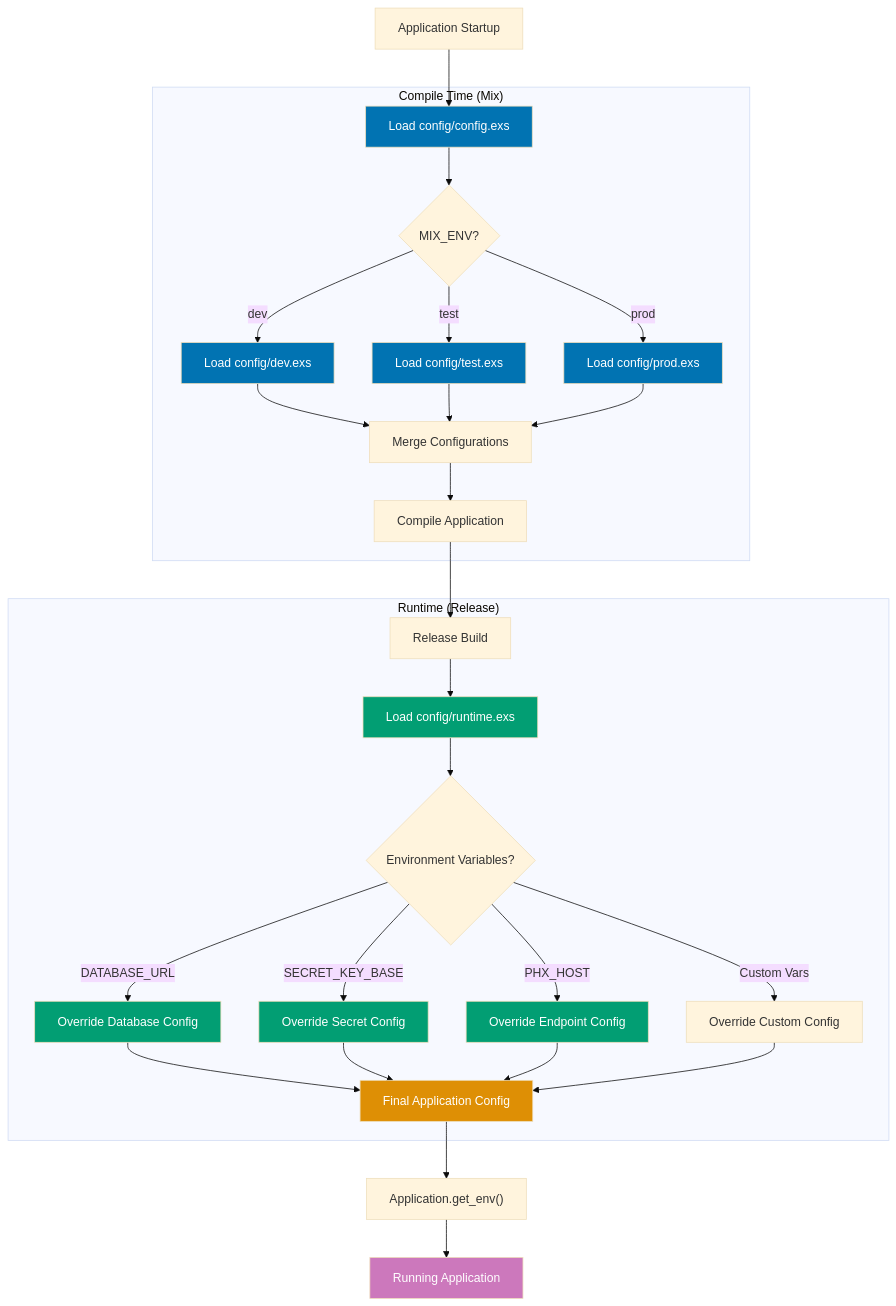
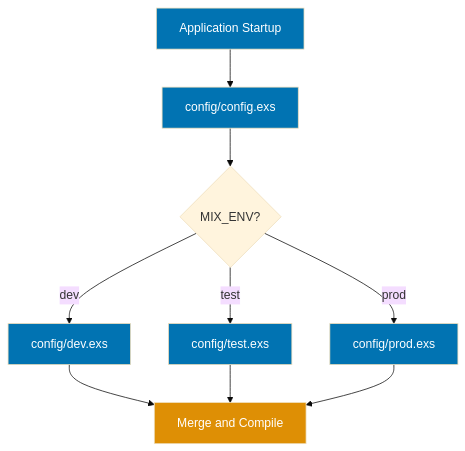
One commit to wahidyankf/ose-primer changed the first of 2 diagrams in docs/explanation/software-engineering/platform-web/tools/elixir-phoenix/configuration.md. Above: the diagram before and after it, drawn with Mermaid (base theme). The commit also changed other lines of this file and 9 other files, not shown here.

Commit message:
fix(docs): fix mermaid violations in elixir-phoenix/ docs (batch 5/10)

````diff
--- a/docs/explanation/software-engineering/platform-web/tools/elixir-phoenix/configuration.md
+++ b/docs/explanation/software-engineering/platform-web/tools/elixir-phoenix/configuration.md
@@ -68,67 +68,21 @@
 ```mermaid
 %% Color Palette: Blue #0173B2, Orange #DE8F05, Teal #029E73, Purple #CC78BC
 %% All colors are color-blind friendly and meet WCAG AA contrast standards
 
 graph TD
-    A[Application Startup] --> B[Load config/config.exs]
+    A[Application Startup] --> B[config/config.exs]
     B --> C{MIX_ENV?}
-
-    C -->|dev| D[Load config/dev.exs]
-    C -->|test| E[Load config/test.exs]
-    C -->|prod| F[Load config/prod.exs]
-
-    D --> G[Merge Configurations]
+    C -->|dev| D[config/dev.exs]
+    C -->|test| E[config/test.exs]
+    C -->|prod| F[config/prod.exs]
+    D --> G[Merge and Compile]
     E --> G
     F --> G
 
-    G --> H[Compile Application]
-
-    H --> I[Release Build]
-    I --> J[Load config/runtime.exs]
-
-    J --> K{Environment Variables?}
-    K -->|DATABASE_URL| L[Override Database Config]
-    K -->|SECRET_KEY_BASE| M[Override Secret Config]
-    K -->|PHX_HOST| N[Override Endpoint Config]
-    K -->|Custom Vars| O[Override Custom Config]
-
-    L --> P[Final Application Config]
-    M --> P
-    N --> P
-    O --> P
-
-    P --> Q[Application.get_env#40;#41;]
-    Q --> R[Running Application]
-
-    subgraph "Compile Time #40;Mix#41;"
-        B
-        C
-        D
-        E
-        F
-        G
-        H
-    end
-
-    subgraph "Runtime #40;Release#41;"
-        I
-        J
-        K
-        L
-        M
-        N
-        O
-        P
-    end
-
+    style A fill:#0173B2,color:#fff
     style B fill:#0173B2,color:#fff
     style D fill:#0173B2,color:#fff
     style E fill:#0173B2,color:#fff
     style F fill:#0173B2,color:#fff
-    style J fill:#029E73,color:#fff
-    style L fill:#029E73,color:#fff
-    style M fill:#029E73,color:#fff
-    style N fill:#029E73,color:#fff
-    style P fill:#DE8F05,color:#fff
-    style R fill:#CC78BC,color:#fff
+    style G fill:#DE8F05,color:#fff
 ```
````
